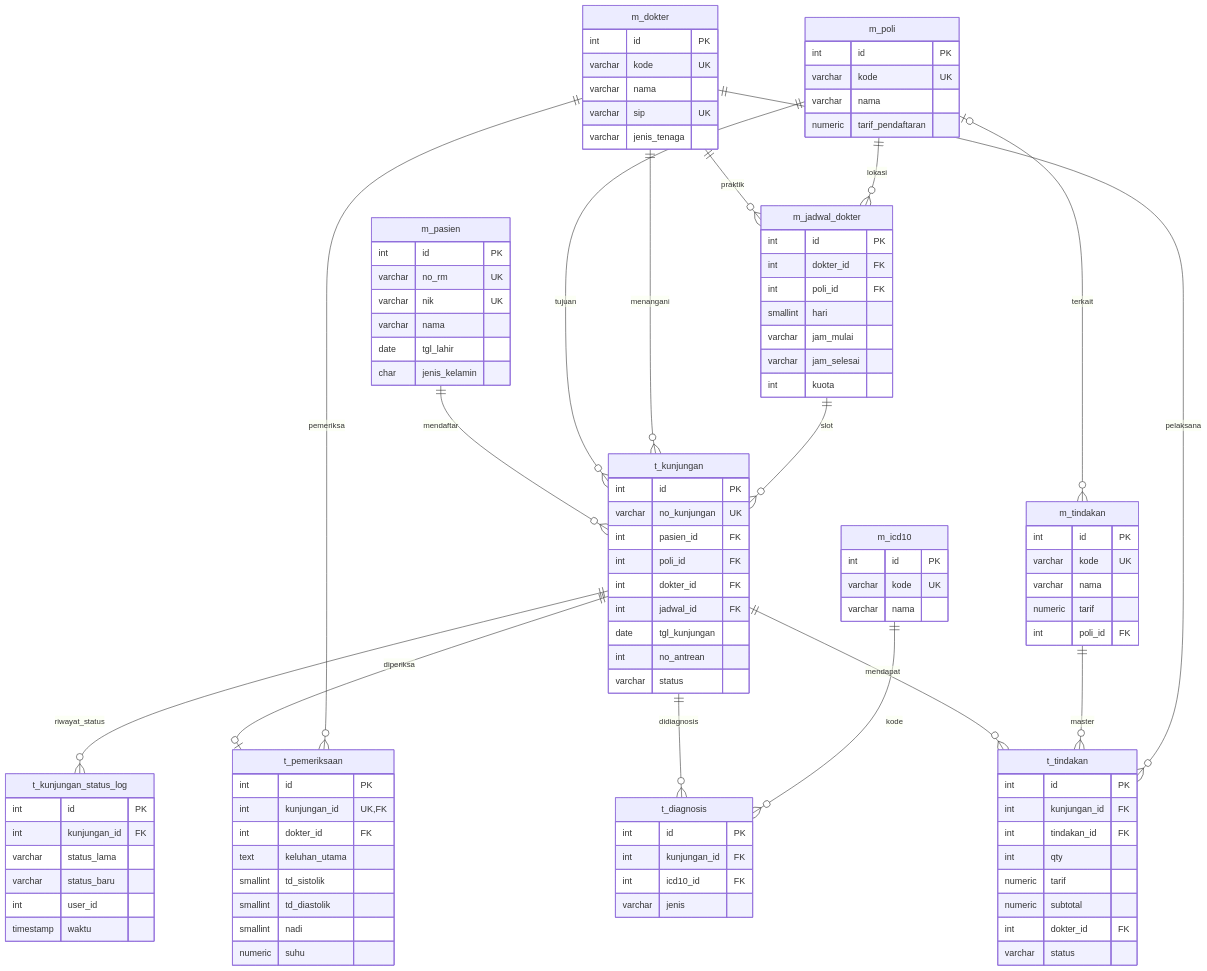
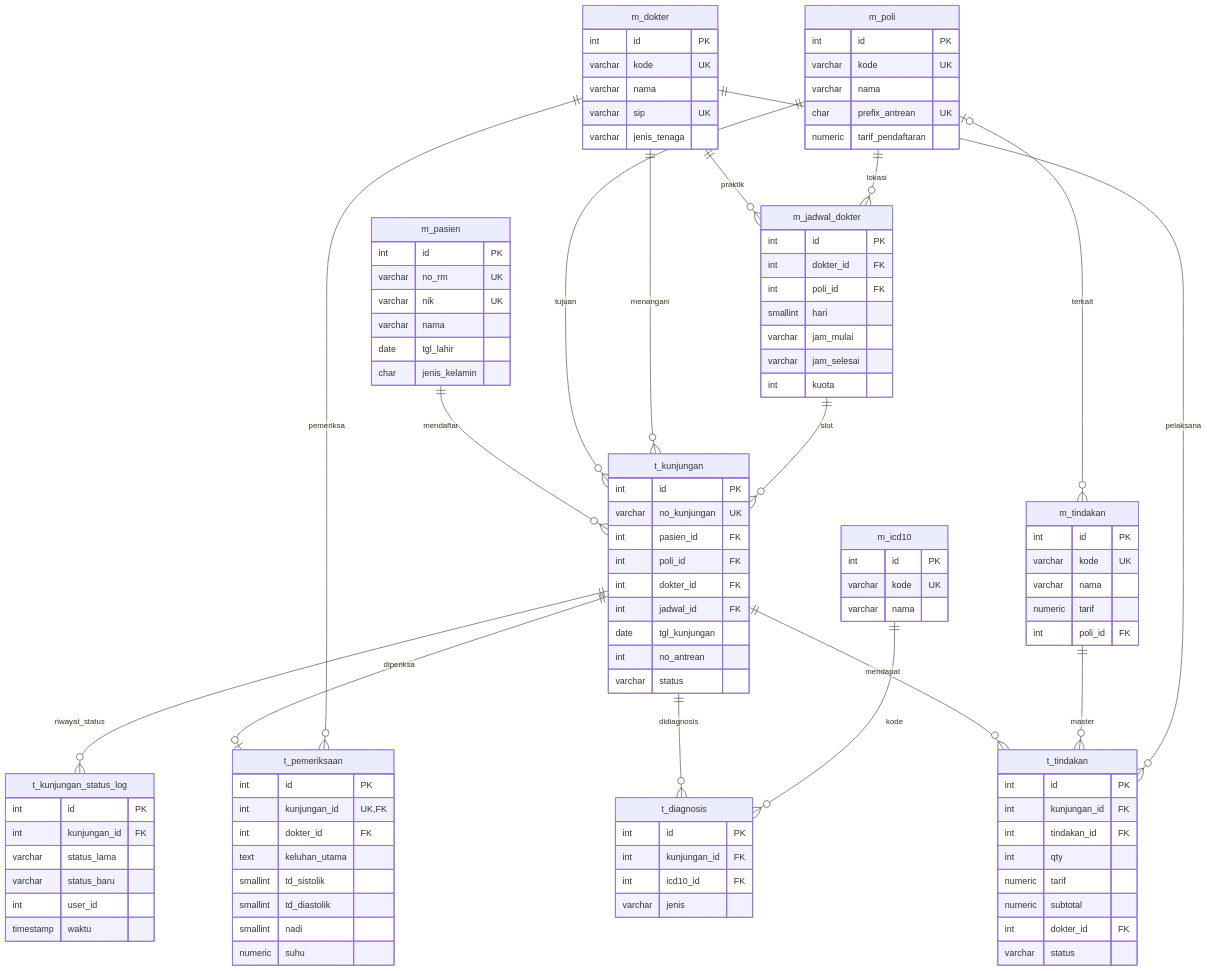
The second of 3 diagrams in database/erd.md (maeshataruna99-lgtm/simrs-rawat-jalan), drawn with Mermaid before and after one commit. The commit also changed 28 other files, not shown here.

First line of the commit message:
feat(antrean): pakai prefix 1 huruf dari master poli untuk nomor antrean

```diff
--- a/database/erd.md
+++ b/database/erd.md
@@ -117,6 +117,7 @@
         int id PK
         varchar kode UK
         varchar nama
+        char prefix_antrean UK
         numeric tarif_pendaftaran
     }
     m_jadwal_dokter {
```
